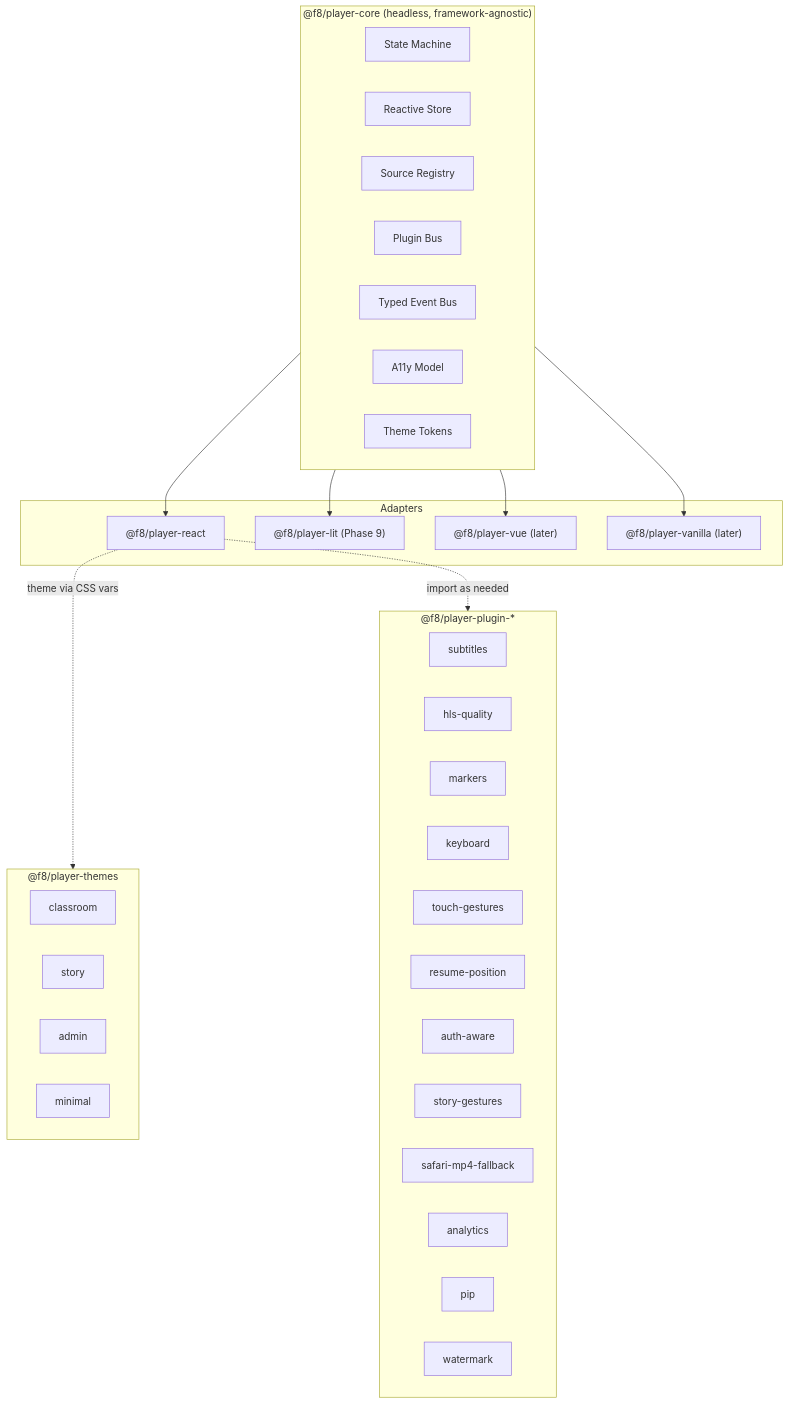
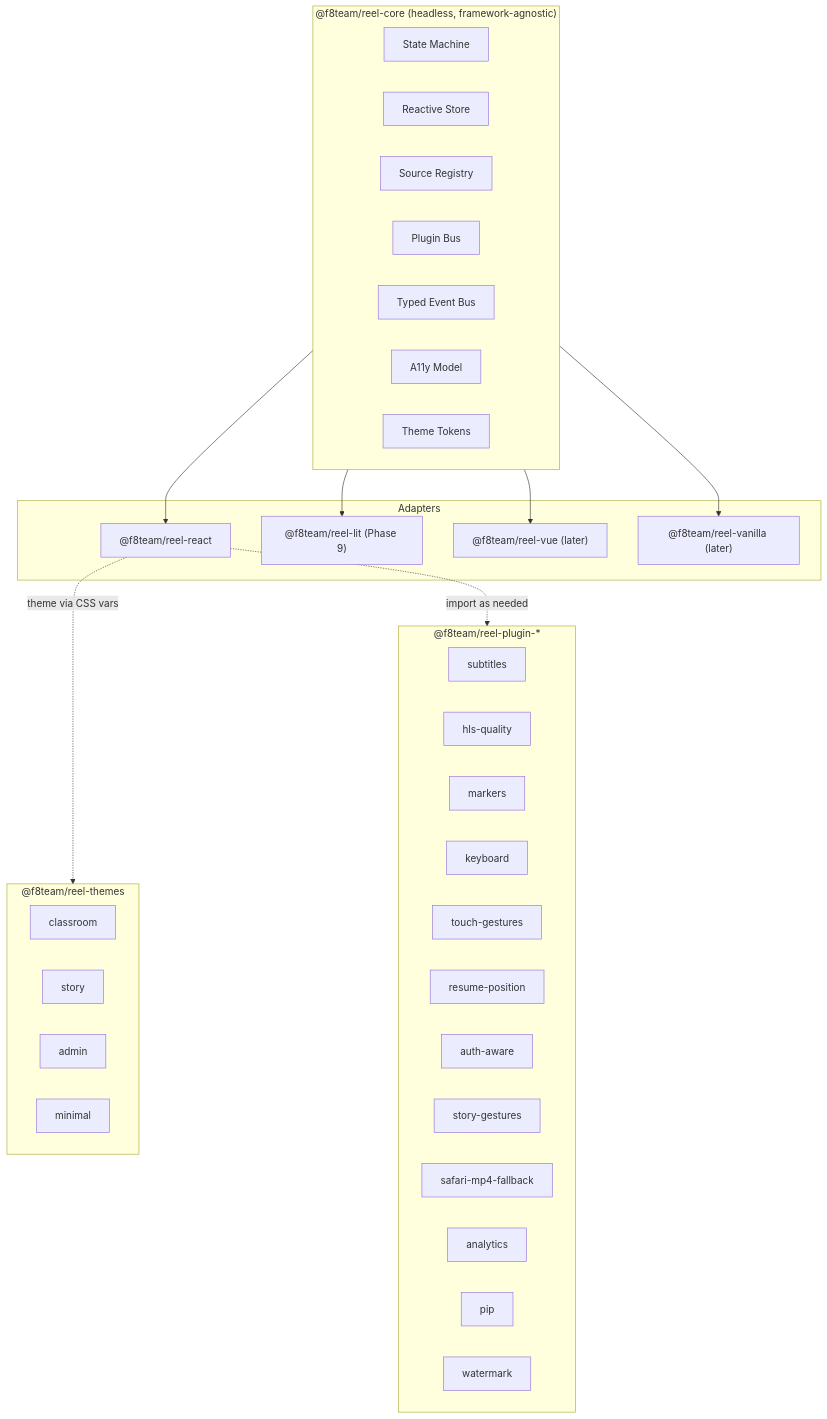
One commit to f8team/player changed the first of 2 diagrams in docs/spec/architecture.md. Above: the diagram before and after it, drawn with Mermaid. The commit also changed other lines of this file and 243 other files, not shown here.

````diff
--- a/docs/spec/architecture.md
+++ b/docs/spec/architecture.md
@@ -5,48 +5,48 @@
 ```mermaid
 flowchart TB
-  subgraph core ["@f8/player-core (headless, framework-agnostic)"]
+  subgraph core ["@f8team/reel-core (headless, framework-agnostic)"]
     SM["State Machine"]
     Store["Reactive Store"]
     SrcReg["Source Registry"]
     PluginBus["Plugin Bus"]
     EventBus["Typed Event Bus"]
     A11y["A11y Model"]
     Theme["Theme Tokens"]
   end
 
   subgraph adapters ["Adapters"]
-    React["@f8/player-react"]
-    Lit["@f8/player-lit (Phase 9)"]
-    Vue["@f8/player-vue (later)"]
-    Vanilla["@f8/player-vanilla (later)"]
+    React["@f8team/reel-react"]
+    Lit["@f8team/reel-lit (Phase 9)"]
+    Vue["@f8team/reel-vue (later)"]
+    Vanilla["@f8team/reel-vanilla (later)"]
   end
 
-  subgraph themes ["@f8/player-themes"]
+  subgraph themes ["@f8team/reel-themes"]
     Classroom["classroom"]
     Story["story"]
     Admin["admin"]
     Minimal["minimal"]
   end
 
-  subgraph plugins ["@f8/player-plugin-*"]
+  subgraph plugins ["@f8team/reel-plugin-*"]
     PSubs["subtitles"]
     PQual["hls-quality"]
     PMark["markers"]
     PKeys["keyboard"]
     PTouch["touch-gestures"]
     PResume["resume-position"]
     PAuth["auth-aware"]
     PStory["story-gestures"]
     PSafari["safari-mp4-fallback"]
     PAnalytics["analytics"]
     PPip["pip"]
     PWatermark["watermark"]
   end
 
   core --> React
   core --> Lit
   core --> Vue
   core --> Vanilla
   React -.theme via CSS vars.-> themes
   React -.import as needed.-> plugins
 ```
````
